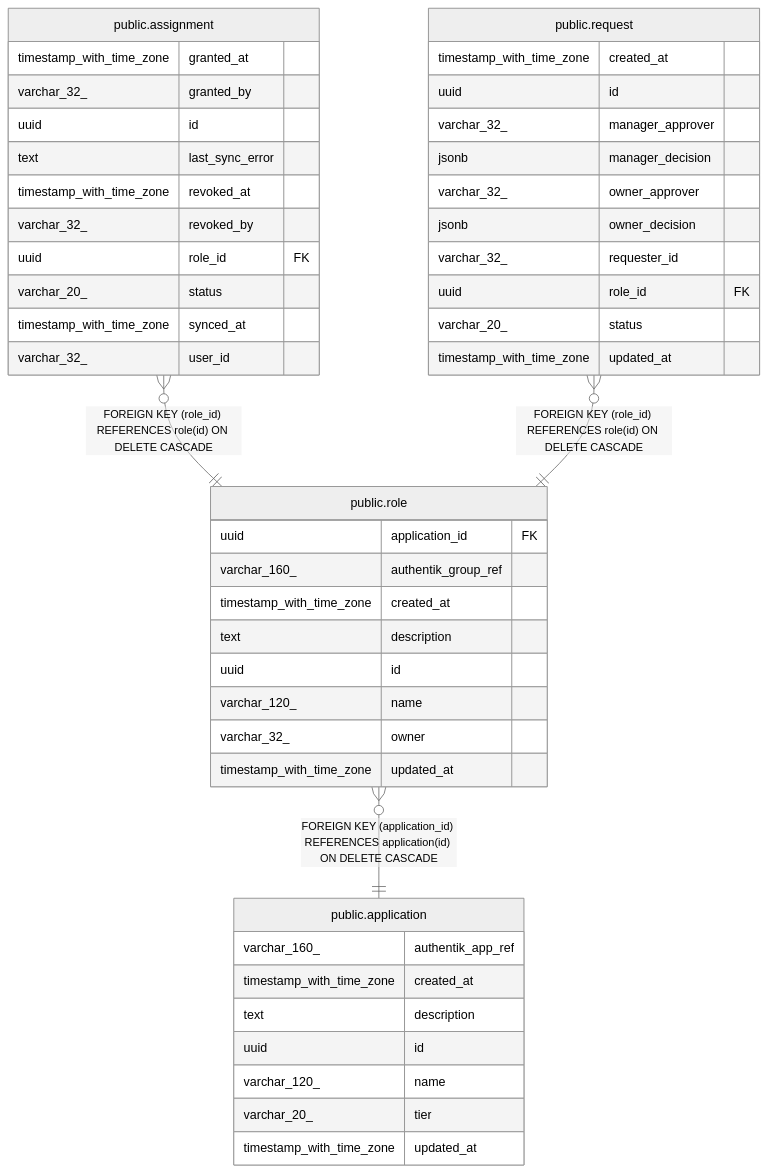
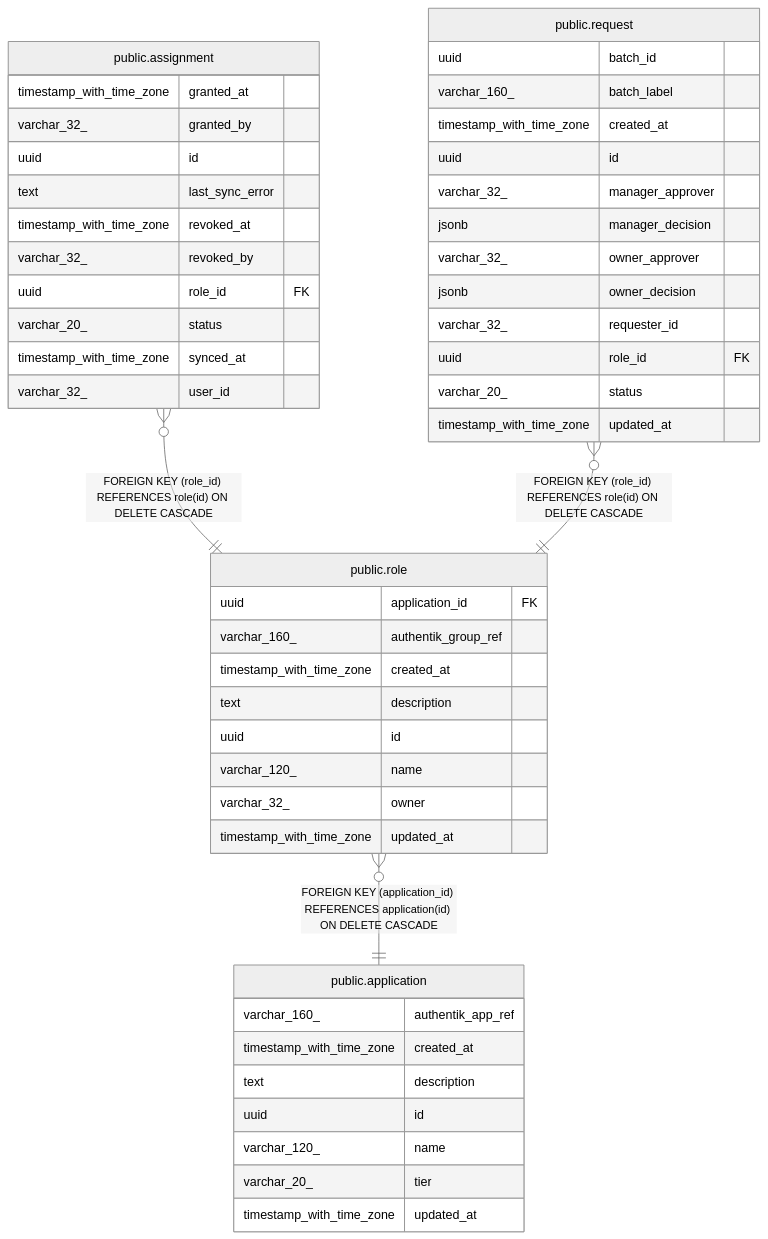
One commit to andrelair-platform/ktayl-iam changed the diagram in backend/docs/data-model/public.role.md. Above: the diagram before and after it, drawn with Mermaid (neutral theme). The commit also changed 20 other files, not shown here.

````diff
--- a/backend/docs/data-model/public.role.md
+++ b/backend/docs/data-model/public.role.md
@@ -33,51 +33,53 @@
 ```mermaid
 erDiagram
 
 "public.role" }o--|| "public.application" : "FOREIGN KEY (application_id) REFERENCES application(id) ON DELETE CASCADE"
 "public.assignment" }o--|| "public.role" : "FOREIGN KEY (role_id) REFERENCES role(id) ON DELETE CASCADE"
 "public.request" }o--|| "public.role" : "FOREIGN KEY (role_id) REFERENCES role(id) ON DELETE CASCADE"
 
 "public.role" {
   uuid application_id FK
   varchar_160_ authentik_group_ref
   timestamp_with_time_zone created_at
   text description
   uuid id
   varchar_120_ name
   varchar_32_ owner
   timestamp_with_time_zone updated_at
 }
 "public.application" {
   varchar_160_ authentik_app_ref
   timestamp_with_time_zone created_at
   text description
   uuid id
   varchar_120_ name
   varchar_20_ tier
   timestamp_with_time_zone updated_at
 }
 "public.assignment" {
   timestamp_with_time_zone granted_at
   varchar_32_ granted_by
   uuid id
   text last_sync_error
   timestamp_with_time_zone revoked_at
   varchar_32_ revoked_by
   uuid role_id FK
   varchar_20_ status
   timestamp_with_time_zone synced_at
   varchar_32_ user_id
 }
 "public.request" {
+  uuid batch_id
+  varchar_160_ batch_label
   timestamp_with_time_zone created_at
   uuid id
   varchar_32_ manager_approver
   jsonb manager_decision
   varchar_32_ owner_approver
   jsonb owner_decision
   varchar_32_ requester_id
   uuid role_id FK
   varchar_20_ status
   timestamp_with_time_zone updated_at
 }
 ```
````
